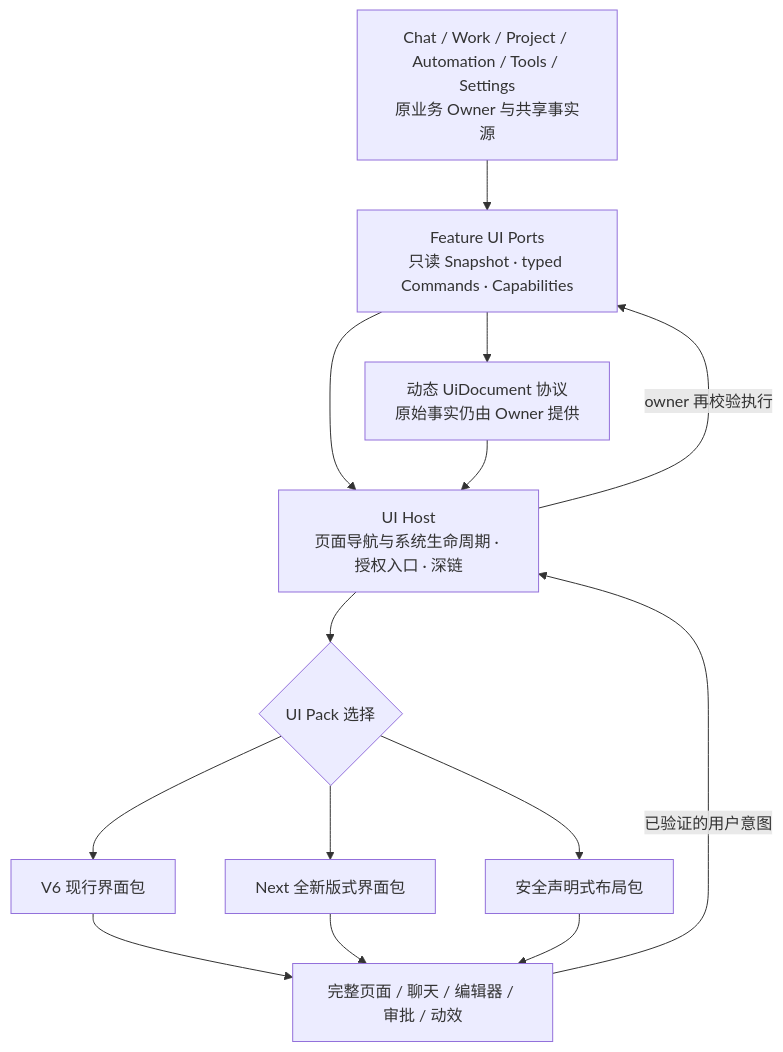
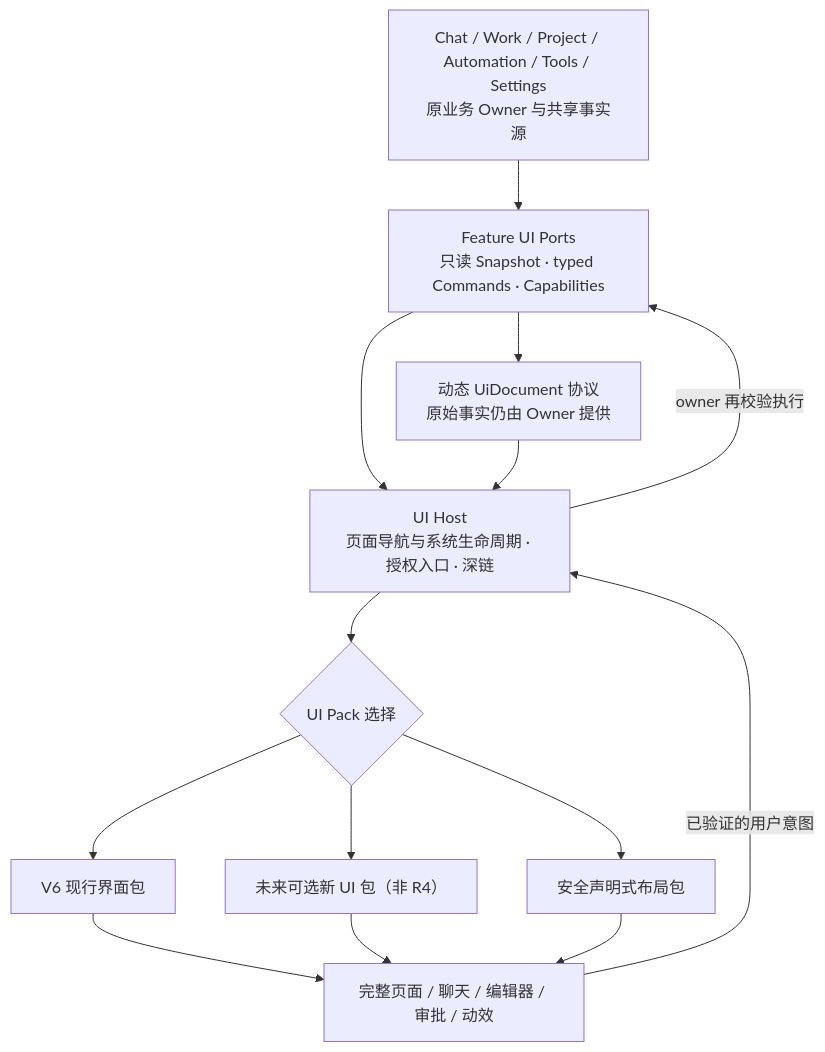
One commit to sy220284/777 changed the diagram in docs/design/ui3/PLAN-R4.zh-CN.md. Above: the diagram before and after it, drawn with Mermaid. The commit also changed other lines of this file and 61 other files, not shown here.

````diff
--- a/docs/design/ui3/PLAN-R4.zh-CN.md
+++ b/docs/design/ui3/PLAN-R4.zh-CN.md
@@ -44,16 +44,16 @@
 ```mermaid
 flowchart TD
     A["Chat / Work / Project / Automation / Tools / Settings<br/>原业务 Owner 与共享事实源"] --> B["Feature UI Ports<br/>只读 Snapshot · typed Commands · Capabilities"]
     B --> C["UI Host<br/>页面导航与系统生命周期 · 授权入口 · 深链"]
     C --> D{UI Pack 选择}
     D --> E[V6 现行界面包]
-    D --> F[Next 全新版式界面包]
+    D --> F[未来可选新 UI 包（非 R4）]
     D --> G[安全声明式布局包]
     B --> H["动态 UiDocument 协议<br/>原始事实仍由 Owner 提供"]
     H --> C
     E --> I[完整页面 / 聊天 / 编辑器 / 审批 / 动效]
     F --> I
     G --> I
     I -- 已验证的用户意图 --> C
     C -- owner 再校验执行 --> B
 ```
````
